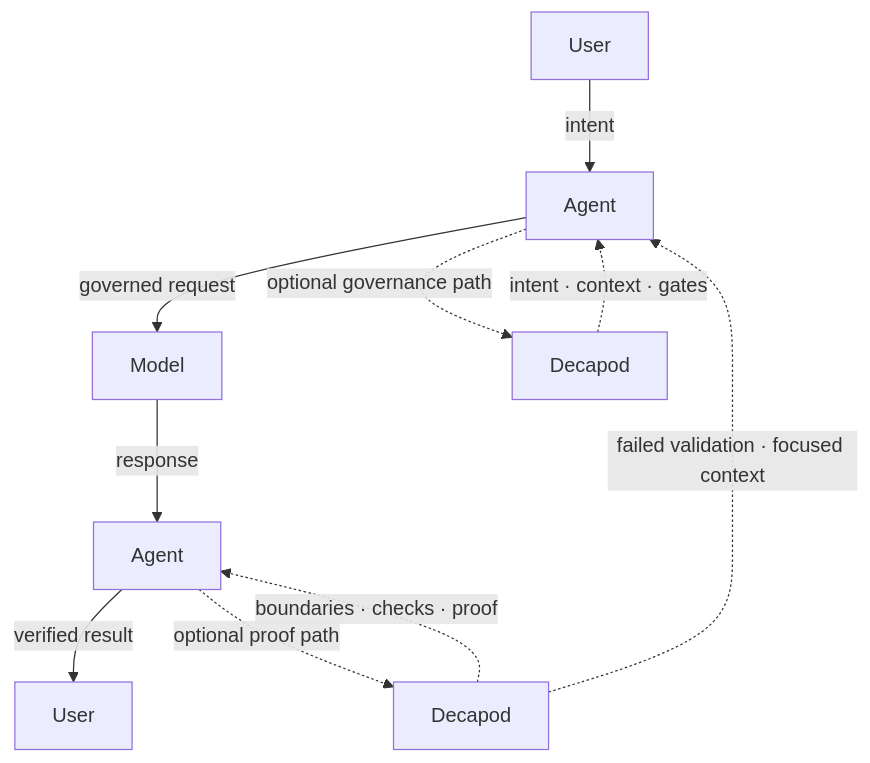
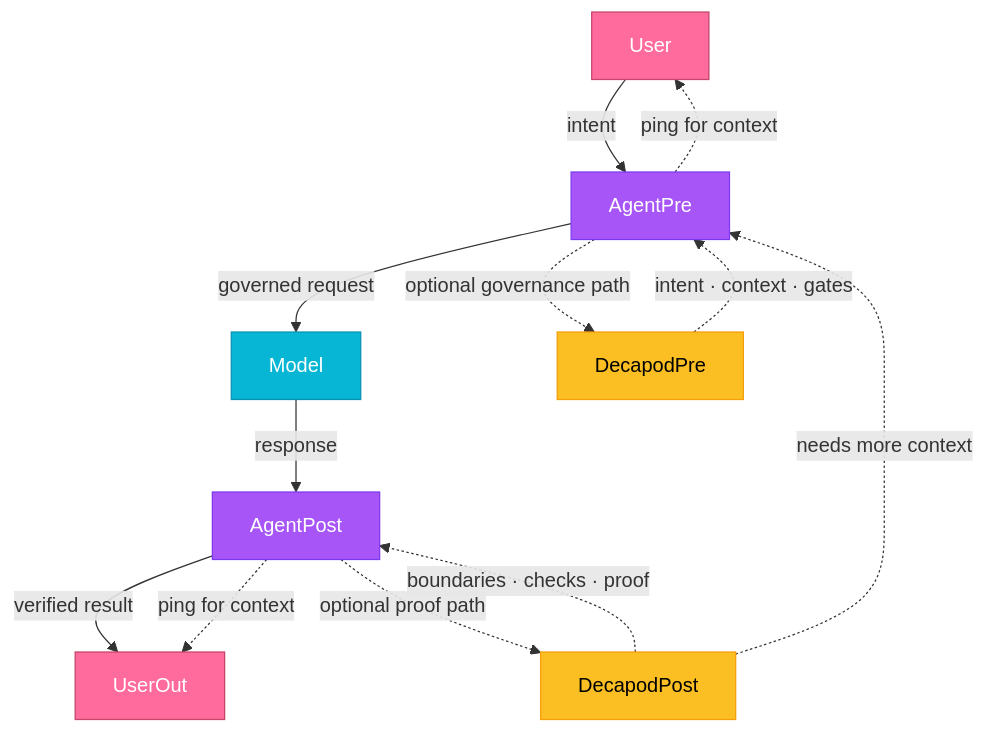
Before and after one commit to wizzense/decapod: the diagram in README.md, drawn with Mermaid. The commit also changed other lines of this file and 1 other file, not shown here.

Commit message:
docs: style mermaid loop with gen z colors and add agent ping paths
- Add vibrant colors (pink, purple, cyan, amber) to loop diagram nodes
- Add dashed ping paths from agents to user for context requests
- Quieten SUN_LEN broker path errors to not alarm users
- Quieten NEEDS_HUMAN_INPUT validation errors to feel normal

````diff
--- a/README.md
+++ b/README.md
@@ -46,22 +46,25 @@
 ```mermaid
 flowchart TD
-    UserIn["User"]
-    AgentPre["Agent"]
-    Model["Model"]
-    AgentPost["Agent"]
-    UserOut["User"]
-    DecapodPre["Decapod"]
-    DecapodPost["Decapod"]
+    style UserIn fill:#ff6b9d,stroke:#c44569,color:#fff
+    style UserOut fill:#ff6b9d,stroke:#c44569,color:#fff
+    style AgentPre fill:#a855f7,stroke:#7c3aed,color:#fff
+    style AgentPost fill:#a855f7,stroke:#7c3aed,color:#fff
+    style Model fill:#06b6d4,stroke:#0891b2,color:#fff
+    style DecapodPre fill:#fbbf24,stroke:#f59e0b,color:#000
+    style DecapodPost fill:#fbbf24,stroke:#f59e0b,color:#000
 
-    UserIn -->|"intent"| AgentPre
+    UserIn["User"] -->|"intent"| AgentPre
     AgentPre -->|"governed request"| Model
     Model -->|"response"| AgentPost
     AgentPost -->|"verified result"| UserOut
+
+    AgentPre -.->|"ping for context"| UserIn
+    AgentPost -.->|"ping for context"| UserOut
 
     AgentPre -. "optional governance path" .-> DecapodPre
     DecapodPre -. "intent · context · gates" .-> AgentPre
 
     AgentPost -. "optional proof path" .-> DecapodPost
     DecapodPost -. "boundaries · checks · proof" .-> AgentPost
-    DecapodPost -. "failed validation · focused context" .-> AgentPre
+    DecapodPost -. "needs more context" .-> AgentPre
 ```
````
